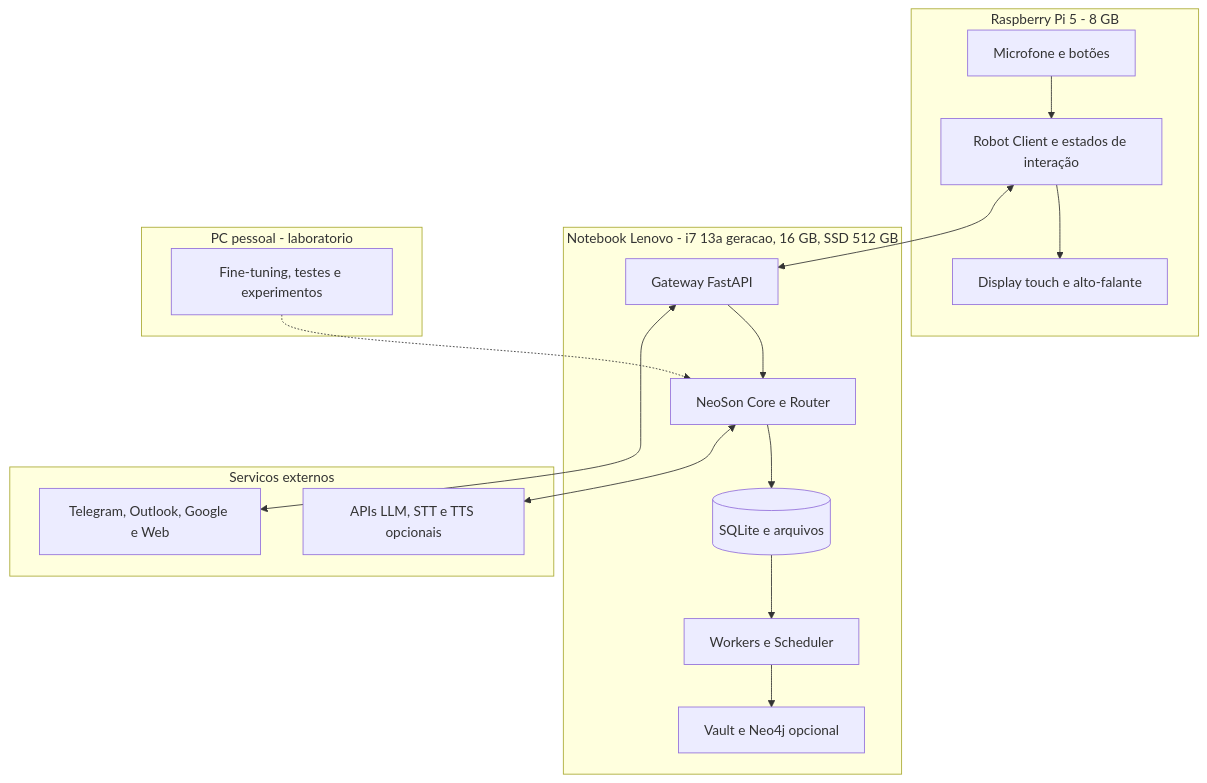
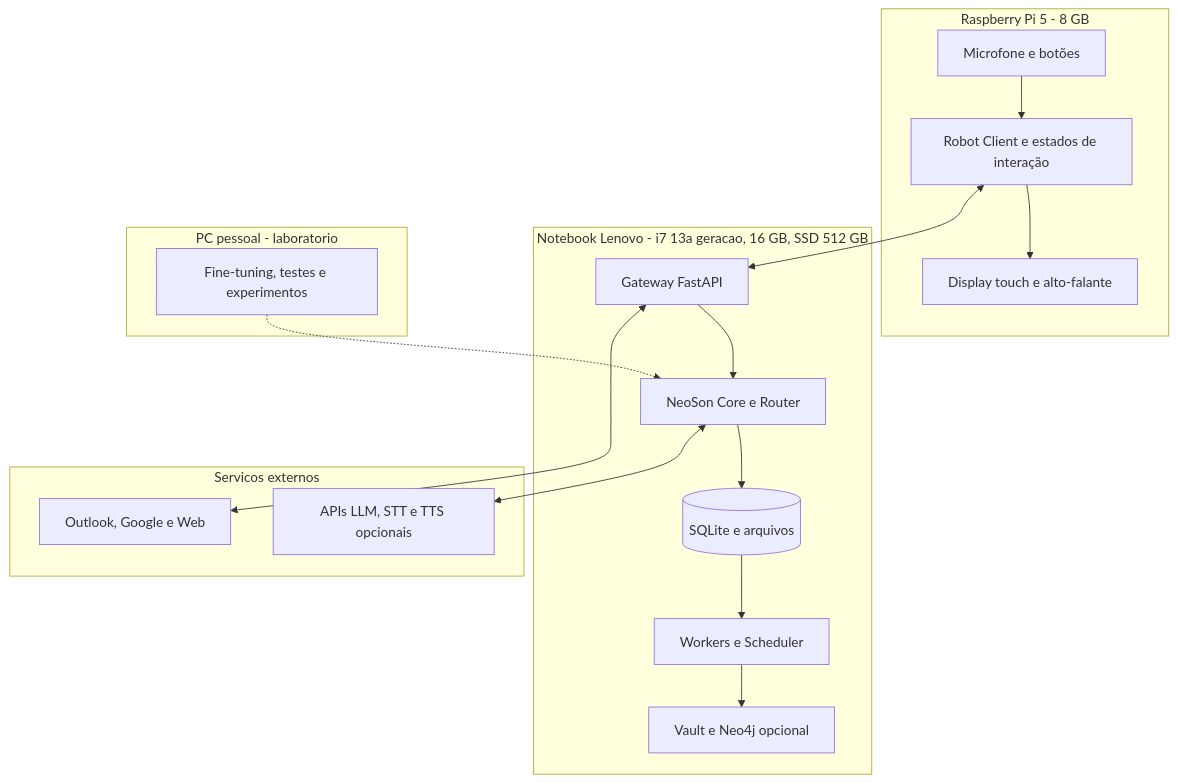
One commit to mhnasser/neoson changed the diagram in docs/architecture/NeoSon_Diagramas_Mermaid_v1.0/D02.mmd. Above: the diagram before and after it, drawn with Mermaid. The commit also changed 32 other files, not shown here.

```diff
--- a/docs/architecture/NeoSon_Diagramas_Mermaid_v1.0/D02.mmd
+++ b/docs/architecture/NeoSon_Diagramas_Mermaid_v1.0/D02.mmd
@@ -1,30 +1,30 @@
 flowchart TB
     subgraph PI[Raspberry Pi 5 - 8 GB]
       MIC[Microfone e botões]
       SCREEN[Display touch e alto-falante]
       CLIENT[Robot Client e estados de interação]
       MIC --> CLIENT
       CLIENT --> SCREEN
     end
     subgraph NB[Notebook Lenovo - i7 13a geracao, 16 GB, SSD 512 GB]
       GATE[Gateway FastAPI]
       ENGINE[NeoSon Core e Router]
       STORAGE[(SQLite e arquivos)]
       WORKER[Workers e Scheduler]
       KNOW[Vault e Neo4j opcional]
       GATE --> ENGINE
       ENGINE --> STORAGE
       STORAGE --> WORKER
       WORKER --> KNOW
     end
     subgraph PC[PC pessoal - laboratorio]
       LAB[Fine-tuning, testes e experimentos]
     end
     subgraph INTERNET[Servicos externos]
       PROVIDERS[APIs LLM, STT e TTS opcionais]
-      SERVICES[Telegram, Outlook, Google e Web]
+      SERVICES[Outlook, Google e Web]
     end
     CLIENT <--> GATE
     ENGINE <--> PROVIDERS
     GATE <--> SERVICES
     LAB -.-> ENGINE
```
